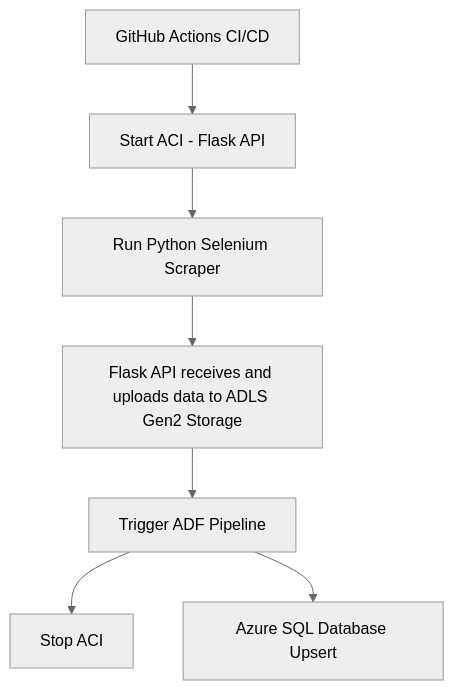
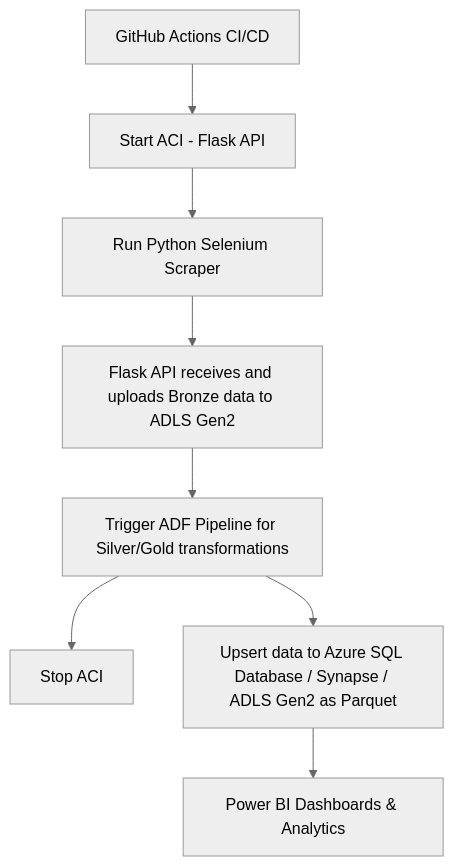
One commit to FNeal10/Etf-Stocks changed the diagram in README.md. Above: the diagram before and after it, drawn with Mermaid (neutral theme). The commit also changed other lines of this file, not shown here.

Commit message:
fixed ADF creds

````diff
--- a/README.md
+++ b/README.md
@@ -86,9 +91,10 @@
 ```mermaid
 graph TD
     A[GitHub Actions CI/CD] --> B[Start ACI - Flask API]
     B --> C[Run Python Selenium Scraper]
-    C --> D[Flask API receives and uploads data to ADLS Gen2 Storage]
-    D --> E[Trigger ADF Pipeline]
+    C --> D[Flask API receives and uploads Bronze data to ADLS Gen2]
+    D --> E[Trigger ADF Pipeline for Silver/Gold transformations]
     E --> F[Stop ACI]
-    E --> G[Azure SQL Database Upsert]
+    E --> G[Upsert data to Azure SQL Database / Synapse / ADLS Gen2 as Parquet]
+    G --> H[Power BI Dashboards & Analytics]
 ```
````
